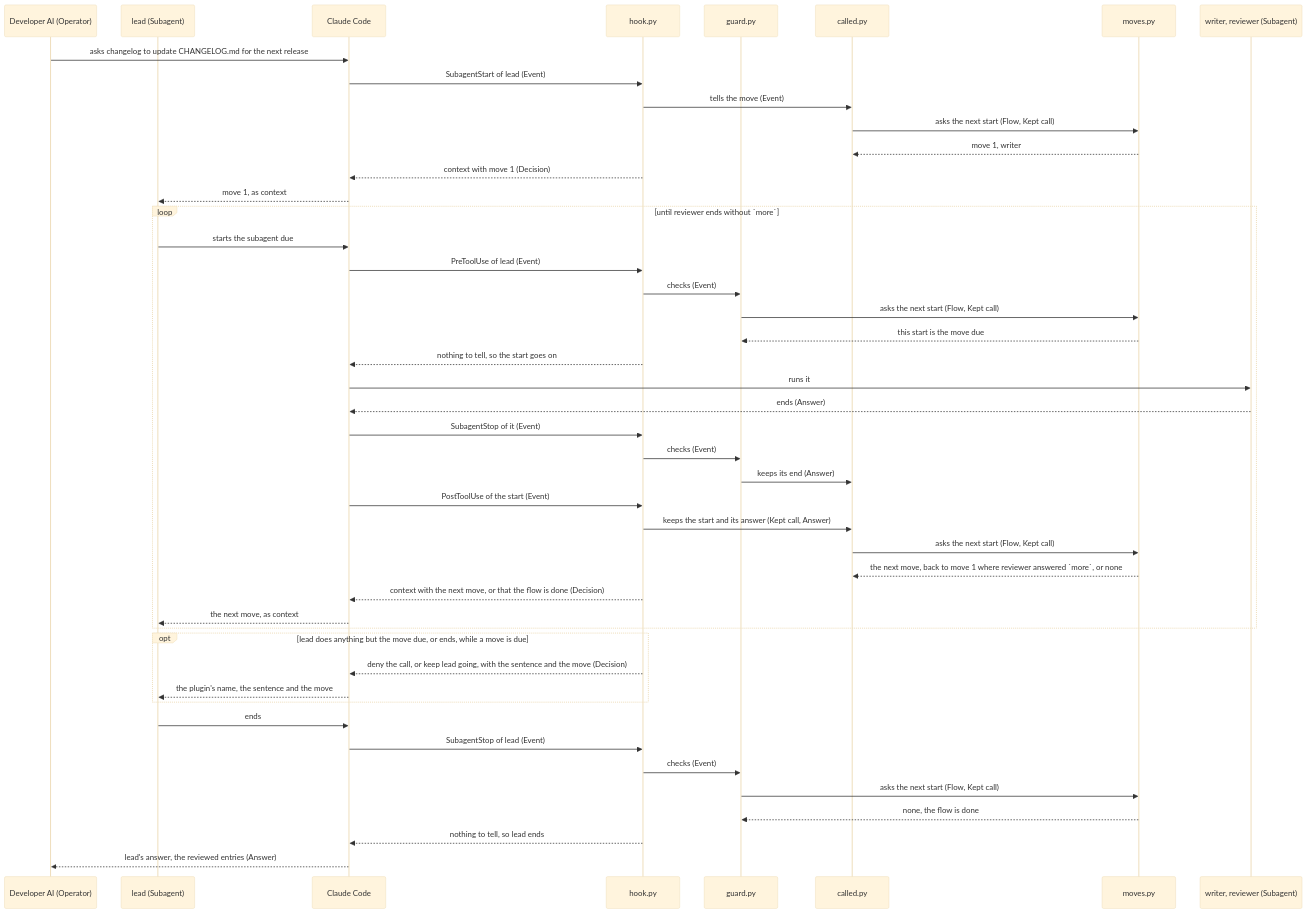
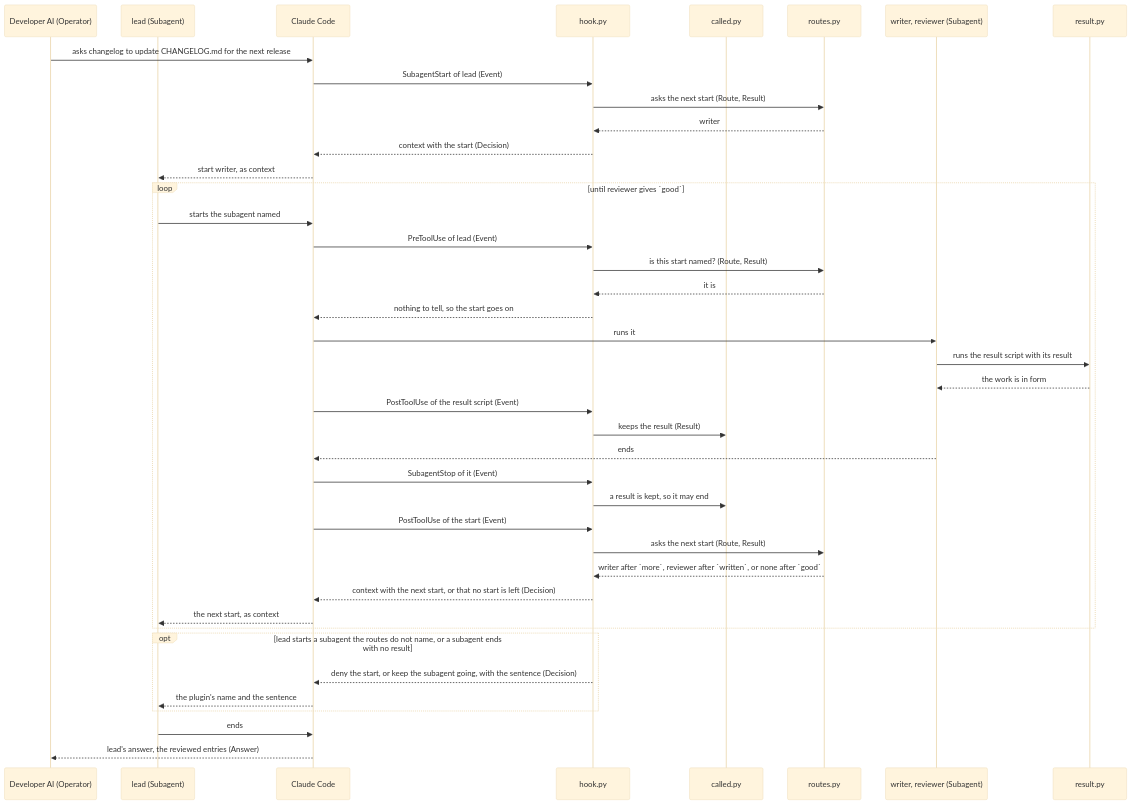
One commit to lovaizu/ccpm changed the fourth of 5 diagrams in dev/lane/architecture.md. Above: the diagram before and after it, drawn with Mermaid (base theme). The commit also changed other lines of this file and 5 other files, not shown here.

````diff
--- a/dev/lane/architecture.md
+++ b/dev/lane/architecture.md
@@ -216,48 +239,43 @@
 ```mermaid
 sequenceDiagram
   participant OP as Developer AI (Operator)
   participant O as lead (Subagent)
   participant CC as Claude Code
   participant H as hook.py
-  participant G as guard.py
   participant C as called.py
-  participant M as moves.py
+  participant RT as routes.py
   participant S as writer, reviewer (Subagent)
+  participant RS as result.py
   OP->>CC: asks changelog to update CHANGELOG.md for the next release
   CC->>H: SubagentStart of lead (Event)
-  H->>C: tells the move (Event)
-  C->>M: asks the next start (Flow, Kept call)
-  M-->>C: move 1, writer
-  H-->>CC: context with move 1 (Decision)
-  CC-->>O: move 1, as context
-  loop until reviewer ends without `more`
-    O->>CC: starts the subagent due
+  H->>RT: asks the next start (Route, Result)
+  RT-->>H: writer
+  H-->>CC: context with the start (Decision)
+  CC-->>O: start writer, as context
+  loop until reviewer gives `good`
+    O->>CC: starts the subagent named
     CC->>H: PreToolUse of lead (Event)
-    H->>G: checks (Event)
-    G->>M: asks the next start (Flow, Kept call)
-    M-->>G: this start is the move due
+    H->>RT: is this start named? (Route, Result)
+    RT-->>H: it is
     H-->>CC: nothing to tell, so the start goes on
     CC->>S: runs it
-    S-->>CC: ends (Answer)
+    S->>RS: runs the result script with its result
+    RS-->>S: the work is in form
+    CC->>H: PostToolUse of the result script (Event)
+    H->>C: keeps the result (Result)
+    S-->>CC: ends
     CC->>H: SubagentStop of it (Event)
-    H->>G: checks (Event)
-    G->>C: keeps its end (Answer)
+    H->>C: a result is kept, so it may end
     CC->>H: PostToolUse of the start (Event)
-    H->>C: keeps the start and its answer (Kept call, Answer)
-    C->>M: asks the next start (Flow, Kept call)
-    M-->>C: the next move, back to move 1 where reviewer answered `more`, or none
-    H-->>CC: context with the next move, or that the flow is done (Decision)
-    CC-->>O: the next move, as context
+    H->>RT: asks the next start (Route, Result)
+    RT-->>H: writer after `more`, reviewer after `written`, or none after `good`
+    H-->>CC: context with the next start, or that no start is left (Decision)
+    CC-->>O: the next start, as context
   end
-  opt lead does anything but the move due, or ends, while a move is due
-    H-->>CC: deny the call, or keep lead going, with the sentence and the move (Decision)
-    CC-->>O: the plugin's name, the sentence and the move
+  opt lead starts a subagent the routes do not name, or a subagent ends with no result
+    H-->>CC: deny the start, or keep the subagent going, with the sentence (Decision)
+    CC-->>O: the plugin's name and the sentence
   end
   O->>CC: ends
-  CC->>H: SubagentStop of lead (Event)
-  H->>G: checks (Event)
-  G->>M: asks the next start (Flow, Kept call)
-  M-->>G: none, the flow is done
-  H-->>CC: nothing to tell, so lead ends
   CC-->>OP: lead's answer, the reviewed entries (Answer)
 ```
````
